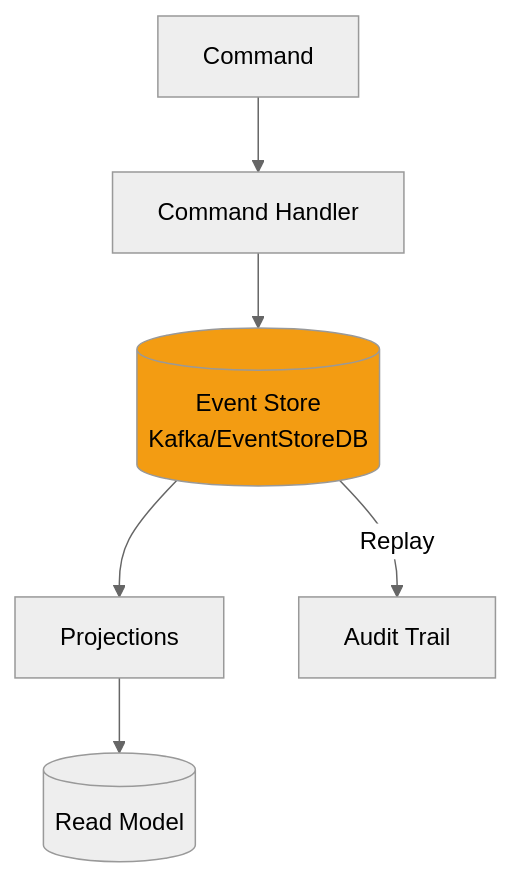
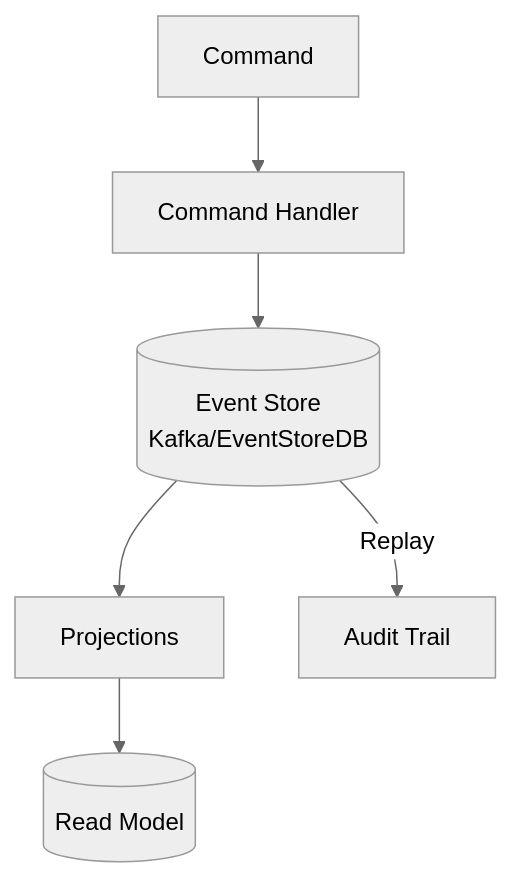
One commit to VBlackJack/ShellBook changed the fifth of 6 diagrams in docs/concepts/architecture-patterns.md. Above: the diagram before and after it, drawn with Mermaid (neutral theme). The commit also changed other lines of this file and 337 other files, not shown here.

First line of the commit message:
refactor(docs): Standardize code blocks and Mermaid colors

````diff
--- a/docs/concepts/architecture-patterns.md
+++ b/docs/concepts/architecture-patterns.md
@@ -282,10 +282,10 @@
 ```mermaid
 graph TD
     CMD[Command] --> Handler[Command Handler]
     Handler --> Events[(Event Store<br/>Kafka/EventStoreDB)]
     Events --> Projections[Projections]
     Projections --> ReadDB[(Read Model)]
     Events -->|Replay| Audit[Audit Trail]
 
-    style Events fill:#f39c12
+    style Events fill:#FF9800800800
 ```
````
